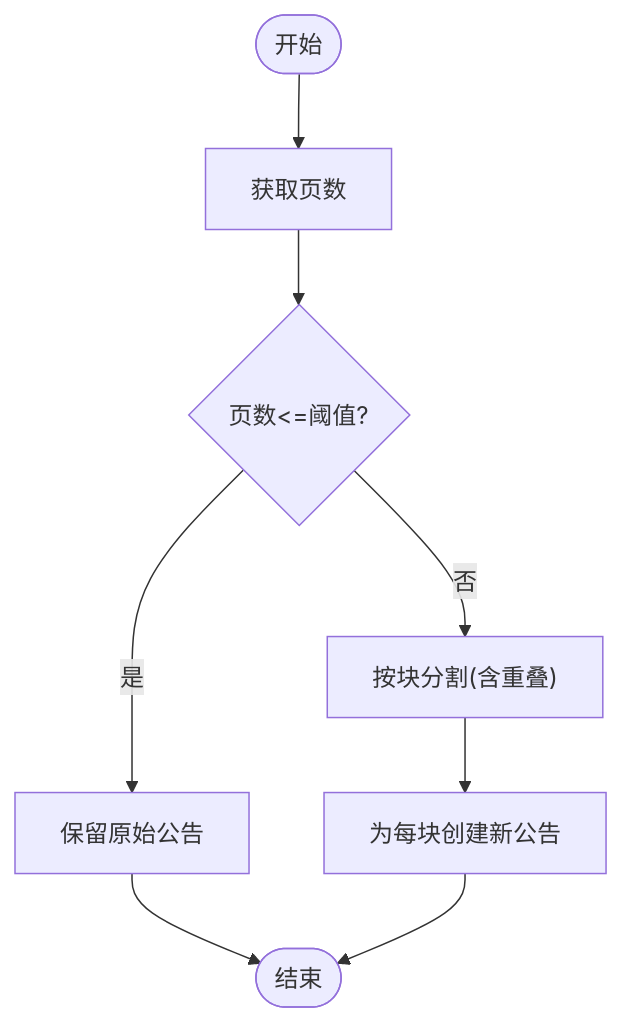
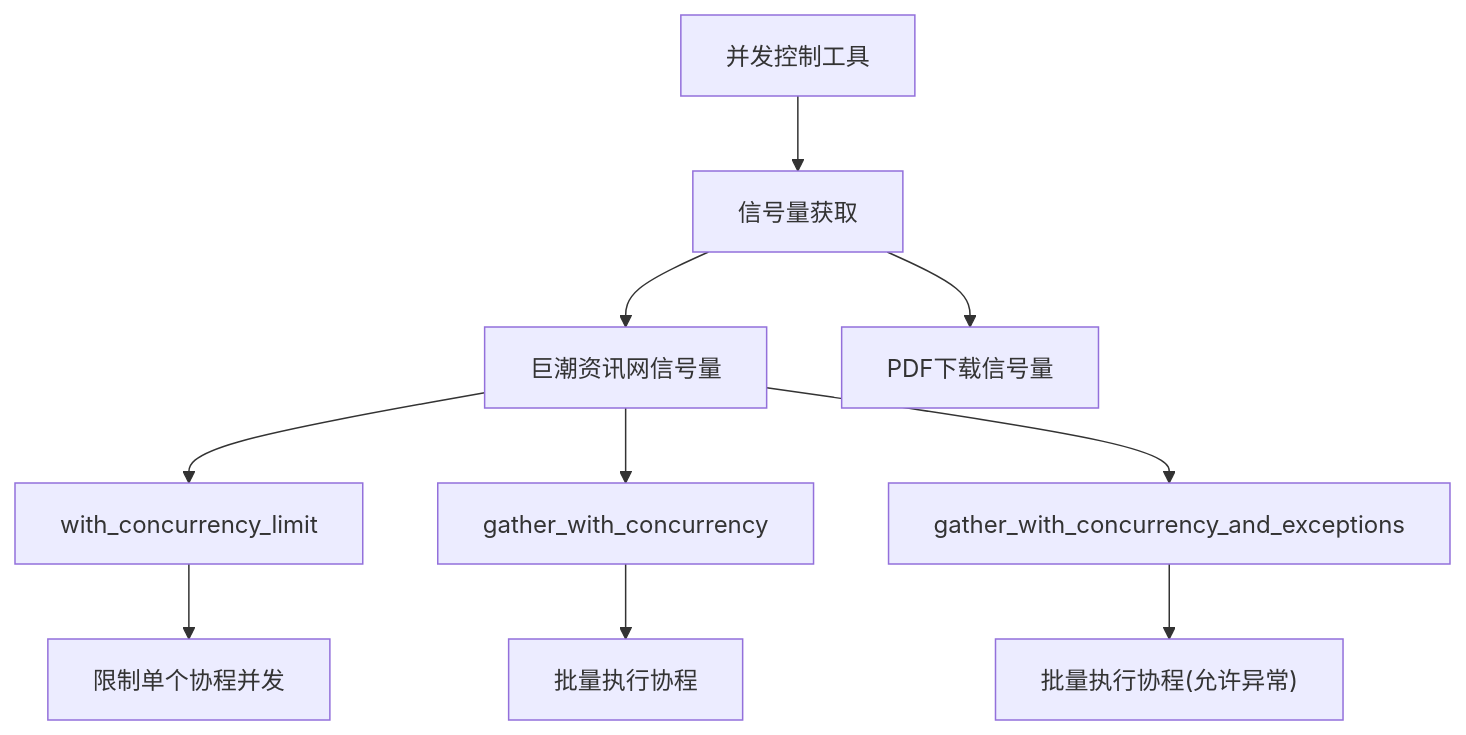
One commit to iverwong/DataLife changed the seventh of 8 diagrams in .qoder/repowiki/zh/content/核心模块详解/公告数据处理模块/公告数据处理模块.md. Above: the diagram before and after it, drawn with Mermaid. The commit also changed other lines of this file and 14 other files, not shown here.

````diff
--- a/.qoder/repowiki/zh/content/核心模块详解/公告数据处理模块/公告数据处理模块.md
+++ b/.qoder/repowiki/zh/content/核心模块详解/公告数据处理模块/公告数据处理模块.md
@@ -260,10 +357,12 @@
 ```mermaid
 flowchart TD
-S(["开始"]) --> CheckPages["获取页数"]
-CheckPages --> IsSmall{"页数<=阈值?"}
-IsSmall --> |是| KeepOriginal["保留原始公告"]
-IsSmall --> |否| Split["按块分割(含重叠)"]
-Split --> CreateParts["为每块创建新公告"]
-KeepOriginal --> R(["结束"])
-CreateParts --> R
+A["并发控制工具"] --> B["信号量获取"]
+B --> C["巨潮资讯网信号量"]
+B --> D["PDF下载信号量"]
+C --> E["with_concurrency_limit"]
+C --> F["gather_with_concurrency"]
+C --> G["gather_with_concurrency_and_exceptions"]
+E --> H["限制单个协程并发"]
+F --> I["批量执行协程"]
+G --> J["批量执行协程(允许异常)"]
 ```
````
